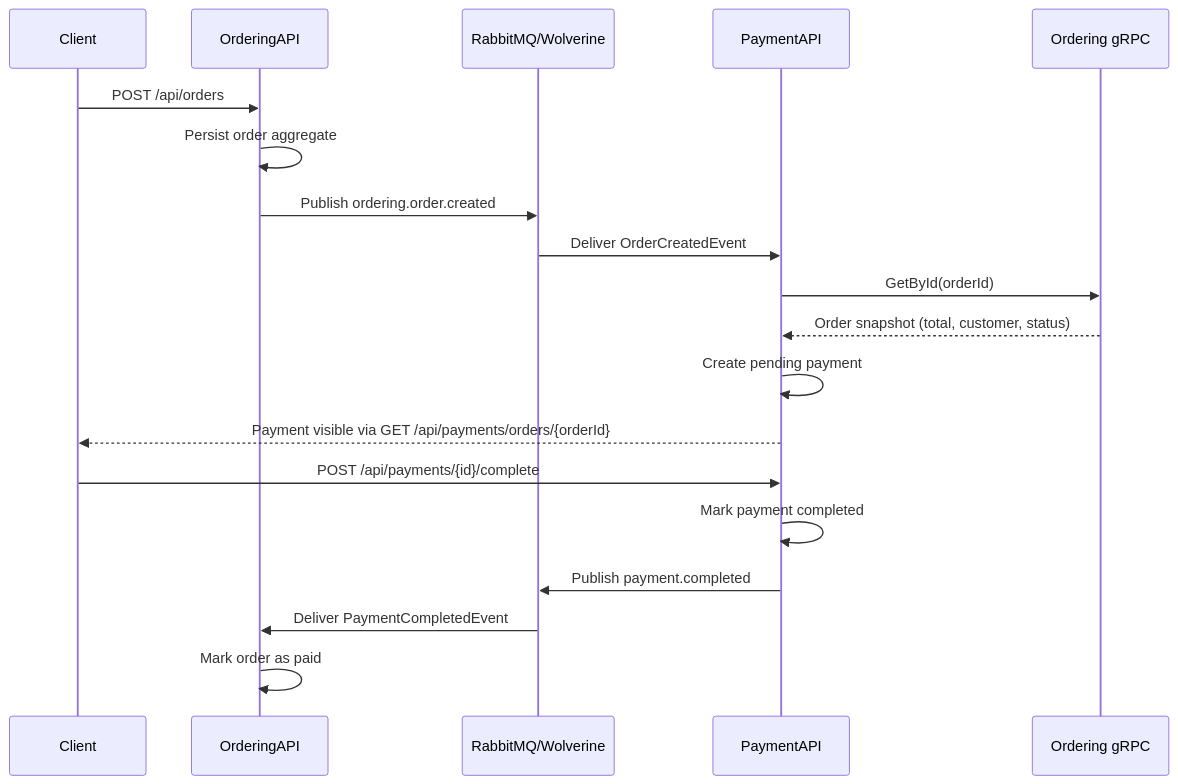
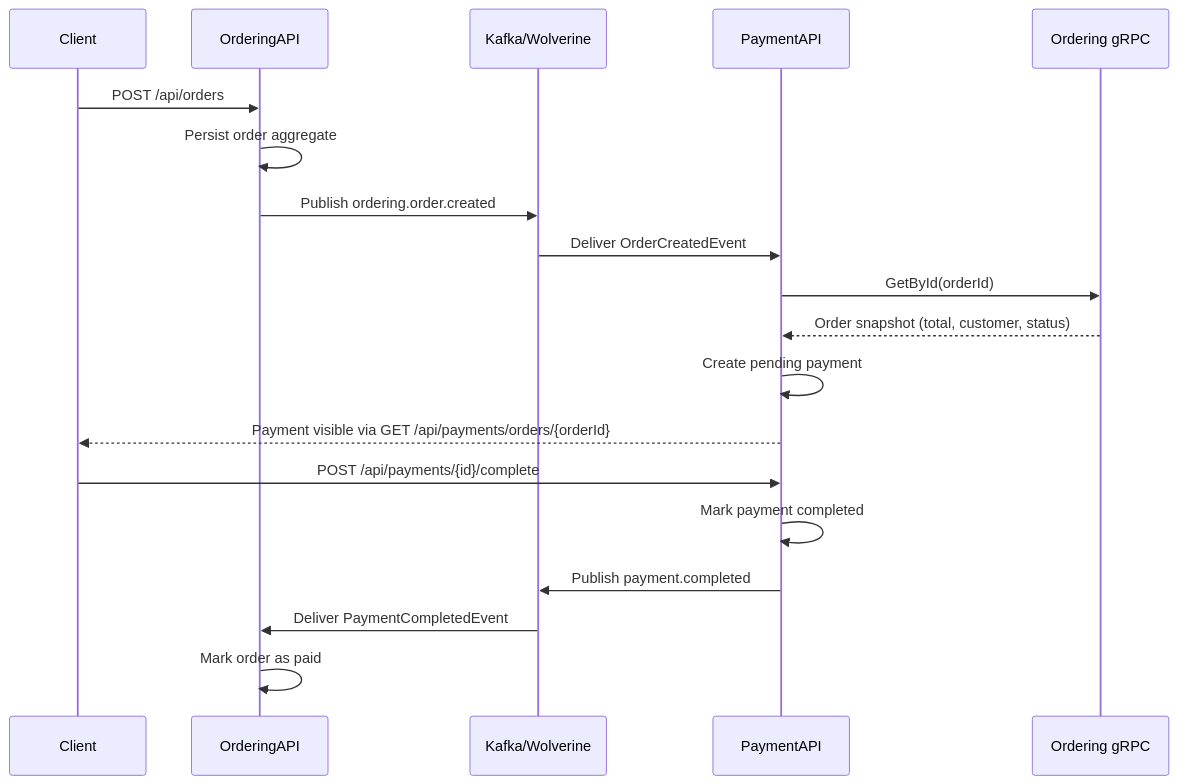
One commit to gndev-vn/DDDSample changed the diagram in docs/payment-api.md. Above: the diagram before and after it, drawn with Mermaid. The commit also changed other lines of this file and 176 other files, not shown here.

````diff
--- a/docs/payment-api.md
+++ b/docs/payment-api.md
@@ -16,23 +16,23 @@
 ```mermaid
 sequenceDiagram
     participant Client
     participant Ordering as OrderingAPI
-    participant Bus as RabbitMQ/Wolverine
+    participant Bus as Kafka/Wolverine
     participant Payment as PaymentAPI
     participant gRPC as Ordering gRPC
 
     Client->>Ordering: POST /api/orders
     Ordering->>Ordering: Persist order aggregate
     Ordering->>Bus: Publish ordering.order.created
     Bus->>Payment: Deliver OrderCreatedEvent
     Payment->>gRPC: GetById(orderId)
     gRPC-->>Payment: Order snapshot (total, customer, status)
     Payment->>Payment: Create pending payment
     Payment-->>Client: Payment visible via GET /api/payments/orders/{orderId}
 
     Client->>Payment: POST /api/payments/{id}/complete
     Payment->>Payment: Mark payment completed
     Payment->>Bus: Publish payment.completed
     Bus->>Ordering: Deliver PaymentCompletedEvent
     Ordering->>Ordering: Mark order as paid
 ```
````
